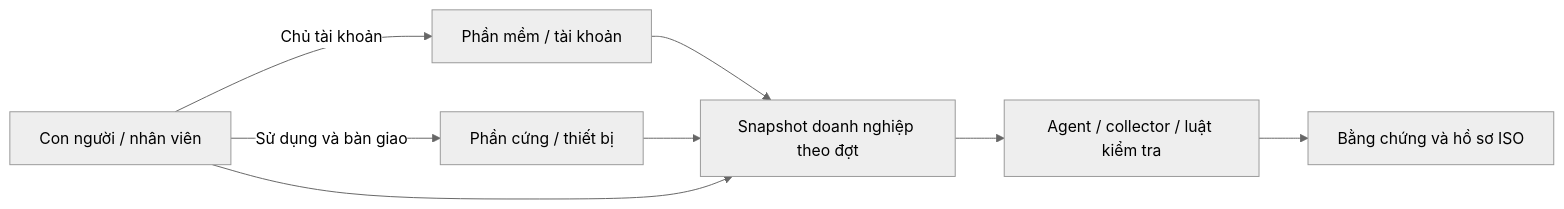
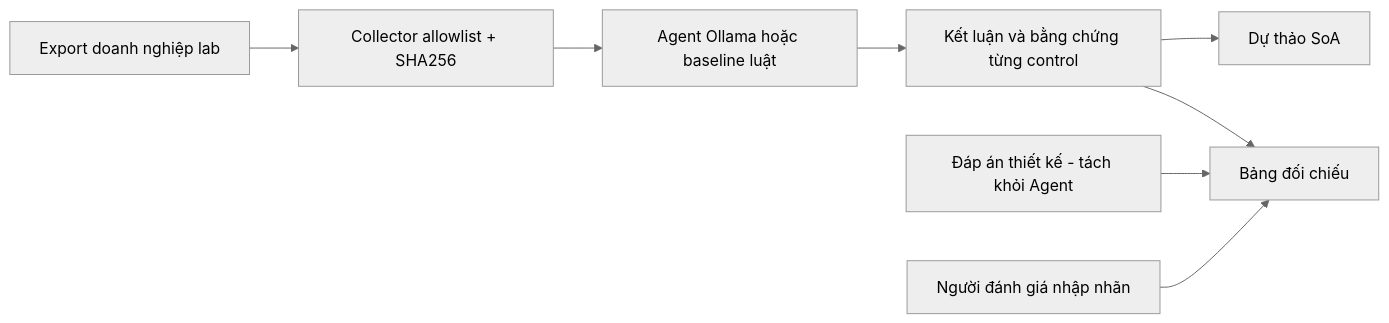
The diagram in README.md (ToanTranVan03/ISO27001-AI-Agent), drawn with Mermaid (neutral theme) before and after one commit. The commit also changed other lines of this file and 501 other files, not shown here.

Commit message:
Hoàn thiện đánh giá 56 kiểm soát, thực nghiệm A.8 và loại bỏ giao diện 3D

````diff
--- a/README.md
+++ b/README.md
@@ -43,10 +25,10 @@
 ```mermaid
 flowchart LR
-    P[Con người / nhân viên] -->|Chủ tài khoản| S[Phần mềm / tài khoản]
-    P -->|Sử dụng và bàn giao| H[Phần cứng / thiết bị]
-    S --> C[Snapshot doanh nghiệp theo đợt]
-    H --> C
-    P --> C
-    C --> A[Agent / collector / luật kiểm tra]
-    A --> E[Bằng chứng và hồ sơ ISO]
+    E[Export doanh nghiệp lab] --> C[Collector allowlist + SHA256]
+    C --> A[Agent Ollama hoặc baseline luật]
+    A --> R[Kết luận và bằng chứng từng control]
+    R --> S[Dự thảo SoA]
+    R --> B[Bảng đối chiếu]
+    D[Đáp án thiết kế - tách khỏi Agent] --> B
+    H[Người đánh giá nhập nhãn] --> B
 ```
````
